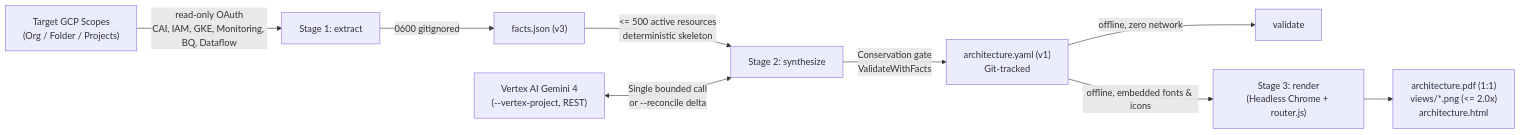
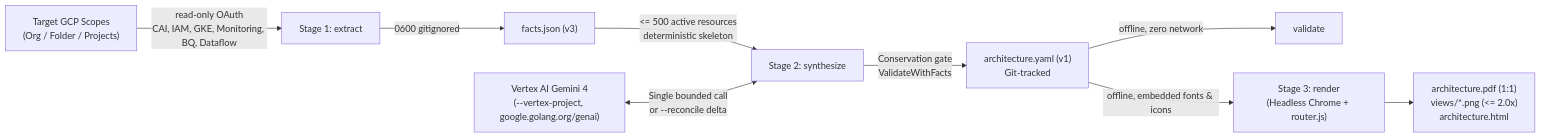
One commit to arrase/gcp-arch changed the diagram in gh-pages/index.md. Above: the diagram before and after it, drawn with Mermaid. The commit also changed other lines of this file and 80 other files, not shown here.

Commit message:
refactor: restore official Google Go SDKs (genai, bigquery, dataflow, crm) and regenerate examples

````diff
--- a/gh-pages/index.md
+++ b/gh-pages/index.md
@@ -204,11 +204,11 @@
 ```mermaid
 flowchart LR
     GCP["Target GCP Scopes\n(Org / Folder / Projects)"] -->|"read-only OAuth\nCAI, IAM, GKE, Monitoring, BQ, Dataflow"| Extract["Stage 1: extract"]
     Extract -->|"0600 gitignored"| Facts["facts.json (v3)"]
     Facts -->|"<= 500 active resources\ndeterministic skeleton"| Synth["Stage 2: synthesize"]
-    Vertex["Vertex AI Gemini 4\n(--vertex-project, REST)"] <-->|"Single bounded call\nor --reconcile delta"| Synth
+    Vertex["Vertex AI Gemini 4\n(--vertex-project, google.golang.org/genai)"] <-->|"Single bounded call\nor --reconcile delta"| Synth
     Synth -->|"Conservation gate\nValidateWithFacts"| Manifest["architecture.yaml (v1)\nGit-tracked"]
     Manifest -->|"offline, zero network"| Validate["validate"]
     Manifest -->|"offline, embedded fonts & icons"| Render["Stage 3: render\n(Headless Chrome + router.js)"]
     Render --> Deliverables["architecture.pdf (1:1)\nviews/*.png (<= 2.0x)\narchitecture.html"]
 ```
````
